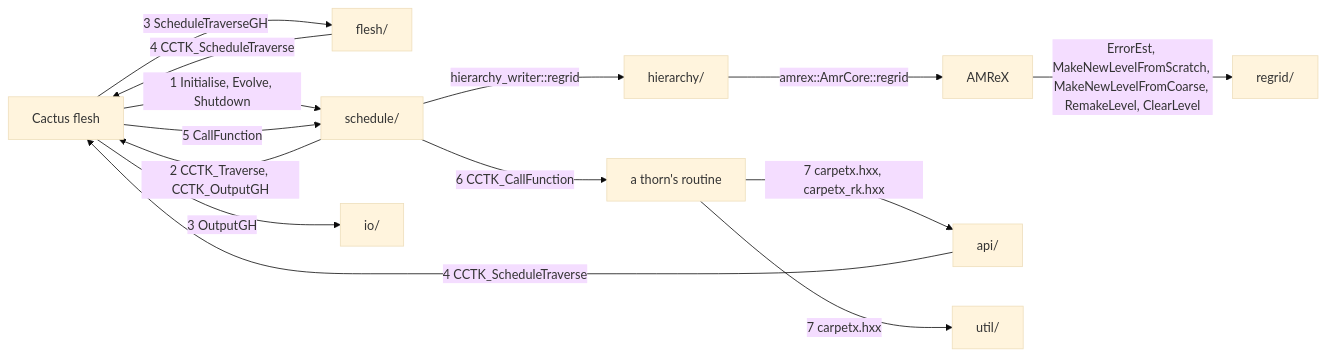
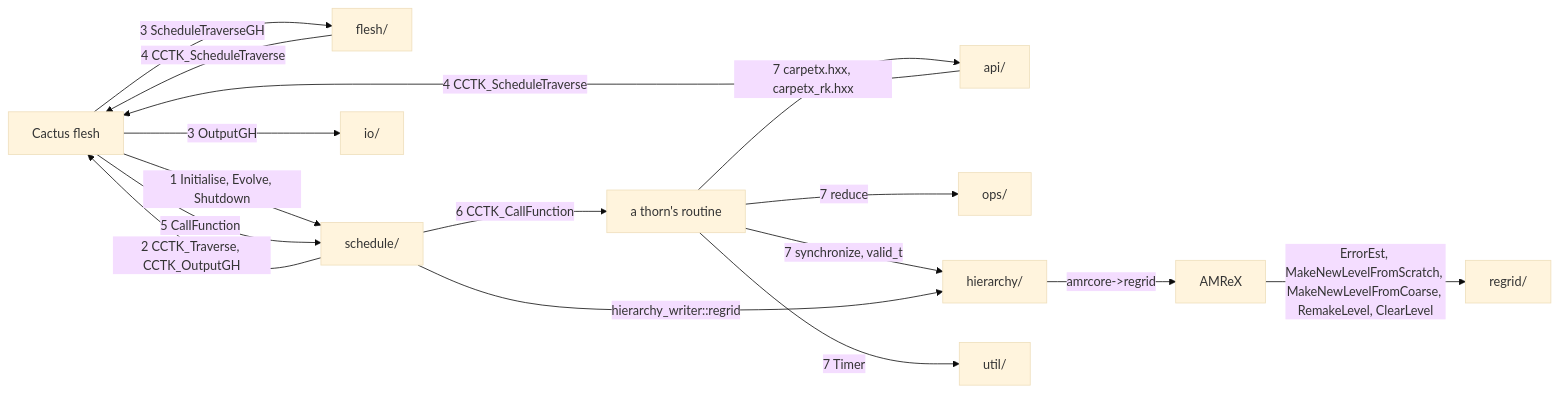
The second of 2 diagrams in agent_docs/carpetx-internals.md (lwJi/CarpetX), drawn with Mermaid (base theme) before and after one commit. The commit also changed other lines of this file and 2 other files, not shown here.

````diff
--- a/agent_docs/carpetx-internals.md
+++ b/agent_docs/carpetx-internals.md
@@ -47,30 +47,33 @@
 ```mermaid
 flowchart LR
   cactus["Cactus flesh"]
   amrex["AMReX"]
   thorn["a thorn's routine"]
   flesh["flesh/"]
   api["api/"]
   schedule["schedule/"]
   io["io/"]
+  ops["ops/"]
   regrid["regrid/"]
   hierarchy["hierarchy/"]
   util["util/"]
   cactus -- "1 Initialise, Evolve, Shutdown" --> schedule
   schedule -- "2 CCTK_Traverse, CCTK_OutputGH" --> cactus
   cactus -- "3 ScheduleTraverseGH" --> flesh
   cactus -- "3 OutputGH" --> io
   flesh -- "4 CCTK_ScheduleTraverse" --> cactus
   api -- "4 CCTK_ScheduleTraverse" --> cactus
   cactus -- "5 CallFunction" --> schedule
   schedule -- "6 CCTK_CallFunction" --> thorn
   thorn -- "7 carpetx.hxx, carpetx_rk.hxx" --> api
-  thorn -- "7 carpetx.hxx" --> util
+  thorn -- "7 reduce" --> ops
+  thorn -- "7 synchronize, valid_t" --> hierarchy
+  thorn -- "7 Timer" --> util
   schedule -- "hierarchy_writer::regrid" --> hierarchy
-  hierarchy -- "amrex::AmrCore::regrid" --> amrex
+  hierarchy -- "amrcore->regrid" --> amrex
   amrex -- "ErrorEst, MakeNewLevelFromScratch, MakeNewLevelFromCoarse, RemakeLevel, ClearLevel" --> regrid
-%% the numbered edges are one pass of the schedule: the flesh starts the driver (1), the driver names a bin or asks for output (2), the flesh hands it to the driver's entry (3), which asks the flesh to walk the bin (4) through CallFunction (5), which runs each routine (6), which may call the public headers (7), whose bodies are the .cxx files that include them first
+%% the numbered edges are one pass of the schedule: the flesh starts the driver (1), the driver names a bin or asks for output (2), the flesh hands it to the driver's entry (3), the entry asks the flesh to walk the bin with CallFunction (4), the flesh calls CallFunction for each routine (5), CallFunction runs the routine (6), the routine may call the public headers, whose bodies are in api/ but for those the table names (7)
 %% the unnumbered edges are a regrid: the driver asks the hierarchy, the hierarchy asks AMReX, and AMReX calls back into the layer that defines its callbacks
 %% a layer reaches a higher one only through an outsider, the Cactus flesh or AMReX, or at link time through a dashed edge of the stack
 %% the table below lists every entry an outsider calls
 ```
````
